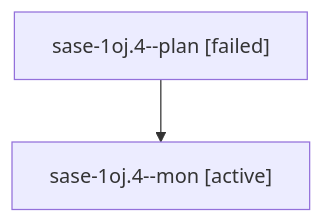
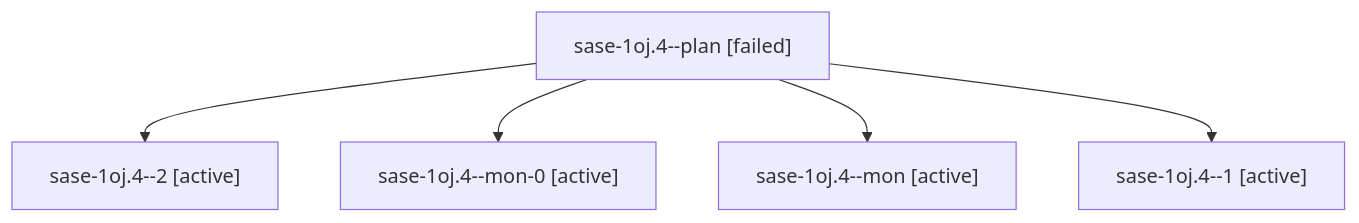
Before and after one commit to sase-org/sase--agents: the diagram in sessions/bbugyi200.apollo.sase-1oj.4.md, drawn with Mermaid. The commit also changed other lines of this file and 1205 other files, not shown here.

````diff
--- a/sessions/bbugyi200.apollo.sase-1oj.4.md
+++ b/sessions/bbugyi200.apollo.sase-1oj.4.md
@@ -9,6 +9,12 @@
 ```mermaid
 flowchart TD
   n0["sase-1oj.4--plan [failed]"]
-  n1["sase-1oj.4--mon [active]"]
+  n1["sase-1oj.4--2 [active]"]
   n0 --> n1
+  n2["sase-1oj.4--mon-0 [active]"]
+  n0 --> n2
+  n3["sase-1oj.4--mon [active]"]
+  n0 --> n3
+  n4["sase-1oj.4--1 [active]"]
+  n0 --> n4
 ```
````
